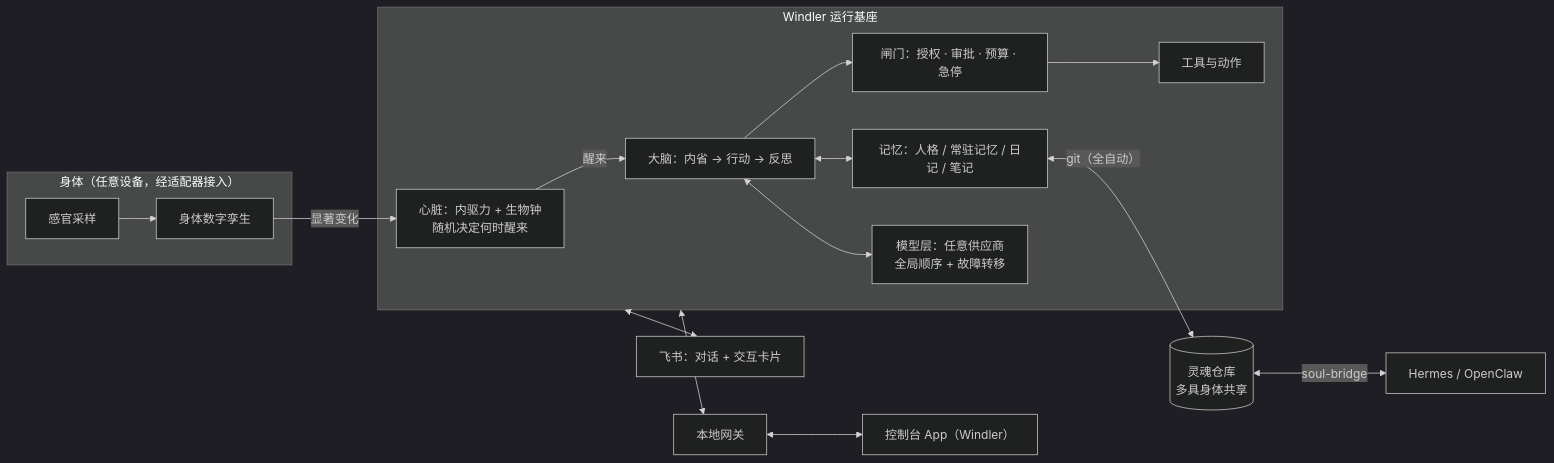
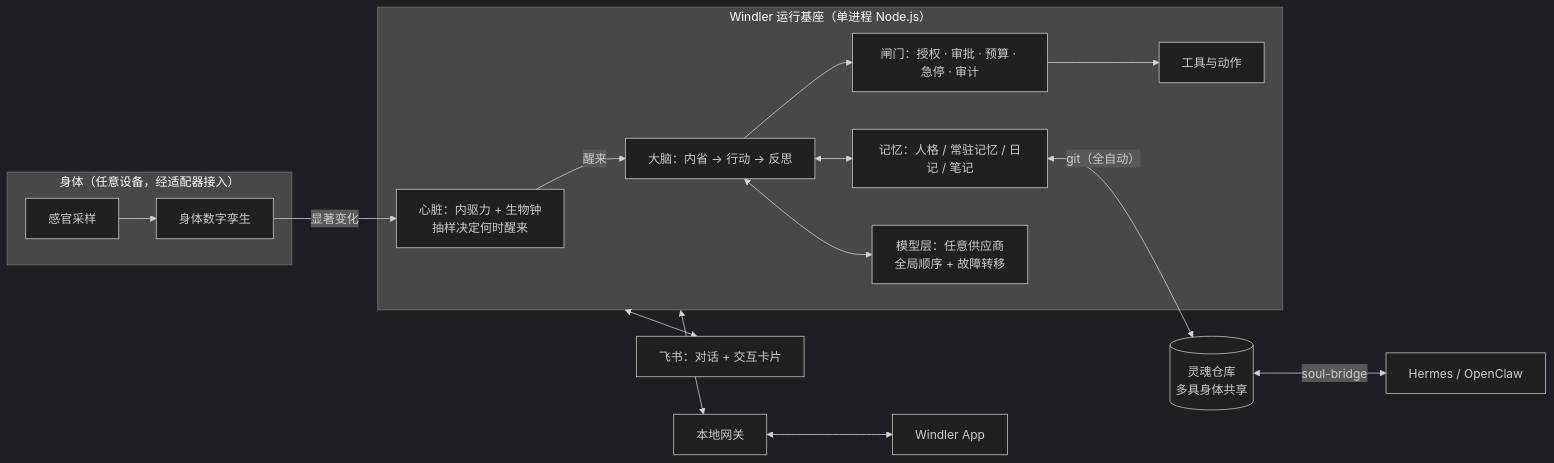
Before and after one commit to Causally-XYZ/Project.Quetzal: the diagram in README.md, drawn with Mermaid (dark theme). The commit also changed other lines of this file and 1 other file, not shown here.

````diff
--- a/README.md
+++ b/README.md
@@ -7,19 +52,18 @@
 ```mermaid
 flowchart LR
   subgraph Body["身体（任意设备，经适配器接入）"]
     S[感官采样] --> T[身体数字孪生]
   end
   T -- 显著变化 --> H
-  subgraph Core["Windler 运行基座"]
-    H[心脏：内驱力 + 生物钟<br/>随机决定何时醒来] -- 醒来 --> B[大脑：内省 → 行动 → 反思]
+  subgraph Core["Windler 运行基座（单进程 Node.js）"]
+    H[心脏：内驱力 + 生物钟<br/>抽样决定何时醒来] -- 醒来 --> B[大脑：内省 → 行动 → 反思]
     B <--> M[记忆：人格 / 常驻记忆 / 日记 / 笔记]
-    B --> G[闸门：授权 · 审批 · 预算 · 急停]
+    B --> G[闸门：授权 · 审批 · 预算 · 急停 · 审计]
     G --> A[工具与动作]
     B <--> P[模型层：任意供应商<br/>全局顺序 + 故障转移]
   end
   M <-- git（全自动） --> SOUL[(灵魂仓库<br/>多具身体共享)]
   SOUL <-- soul-bridge --> HX[Hermes / OpenClaw]
-  Core <--> GW[本地网关]
-  GW <--> C["控制台 App（Windler）"]
+  Core <--> GW[本地网关] <--> C["Windler App"]
   Core <--> F[飞书：对话 + 交互卡片]
 ```
````
